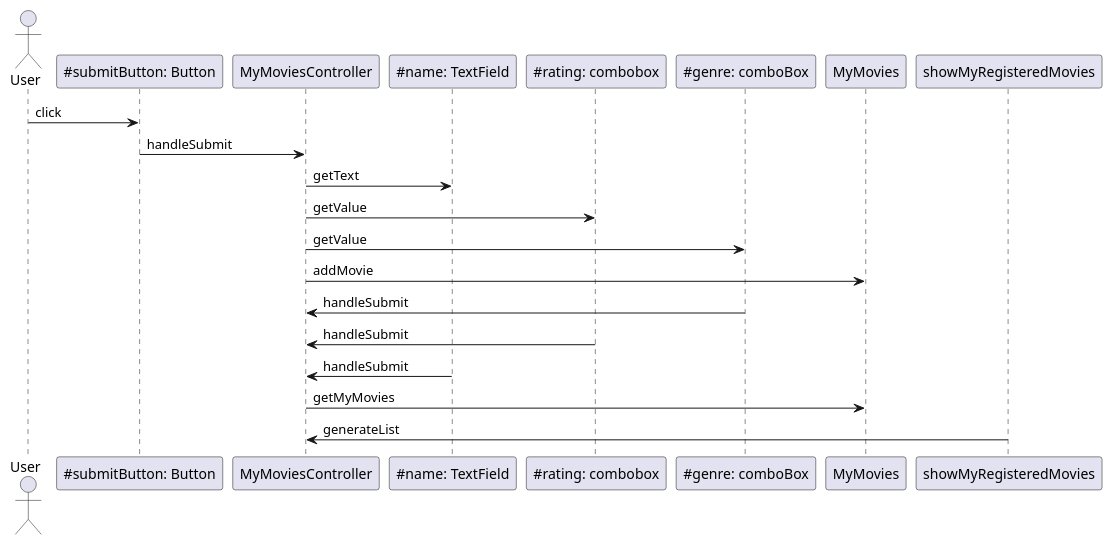
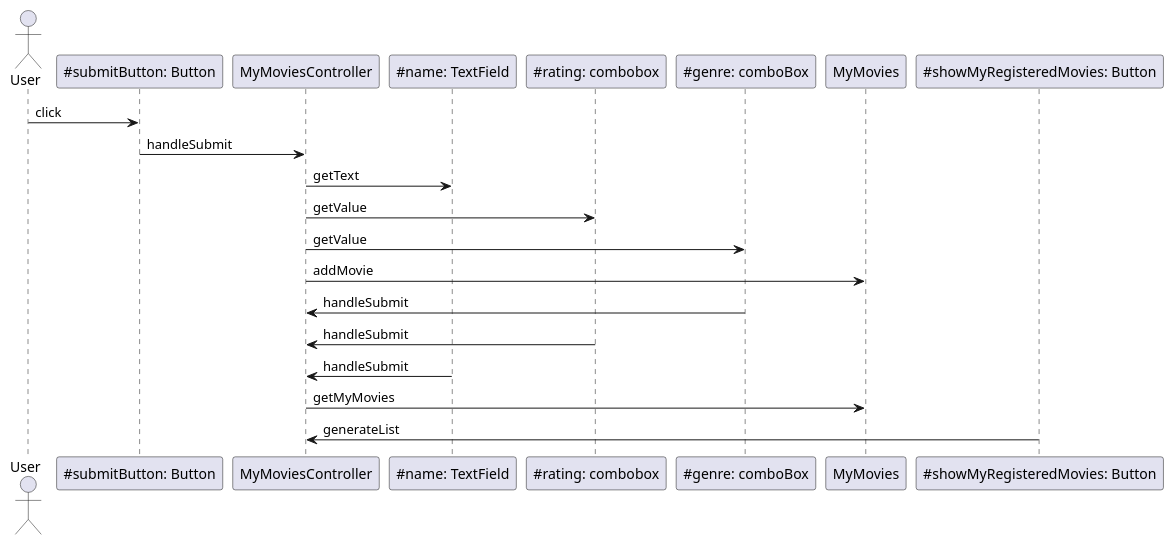
Before and after one commit to victoriahopso/IT1901: the diagram in mymovies/sequence.puml, drawn with PlantUML.

```diff
--- a/mymovies/sequence.puml
+++ b/mymovies/sequence.puml
@@ -1,22 +1,22 @@
 @startuml
 
 actor User
 User -> "~#submitButton: Button" as submitButton: click
 submitButton -> MyMoviesController: handleSubmit
 
 
 MyMoviesController -> "~#name: TextField" as name: getText
 MyMoviesController -> "~#rating: combobox" as rating: getValue
 MyMoviesController -> "~#genre: comboBox" as genre: getValue
 MyMoviesController -> MyMovies: addMovie
 
 
 genre -> MyMoviesController: handleSubmit
 rating -> MyMoviesController: handleSubmit
 name -> MyMoviesController: handleSubmit
 MyMoviesController -> MyMovies: getMyMovies
-showMyRegisteredMovies -> MyMoviesController: generateList
+"~#showMyRegisteredMovies: Button" -> MyMoviesController: generateList
 
 
 
 @enduml
```
